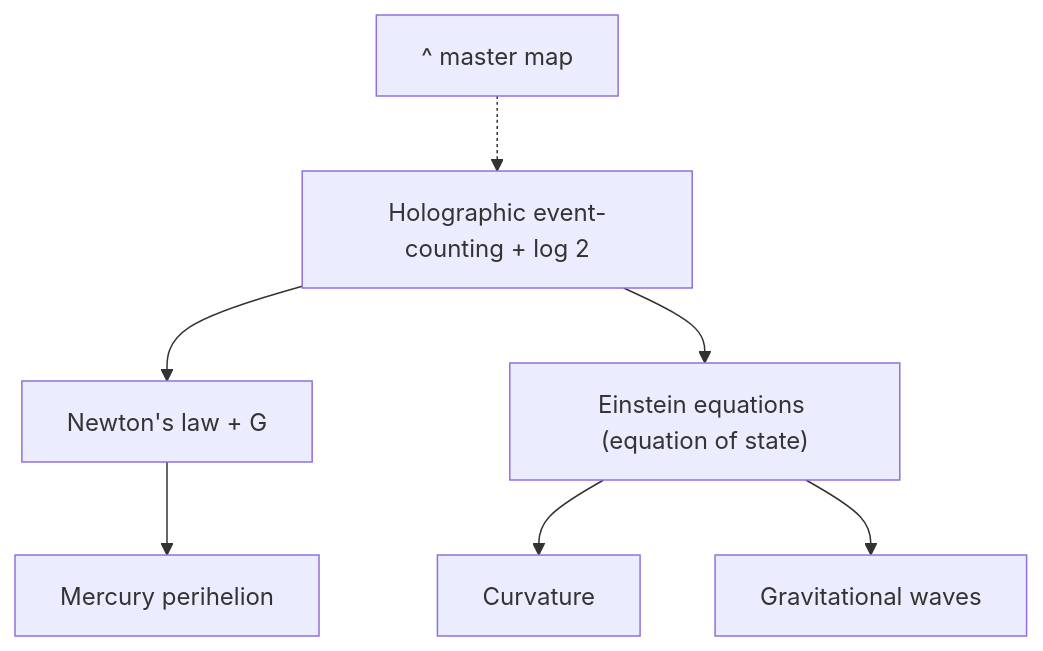
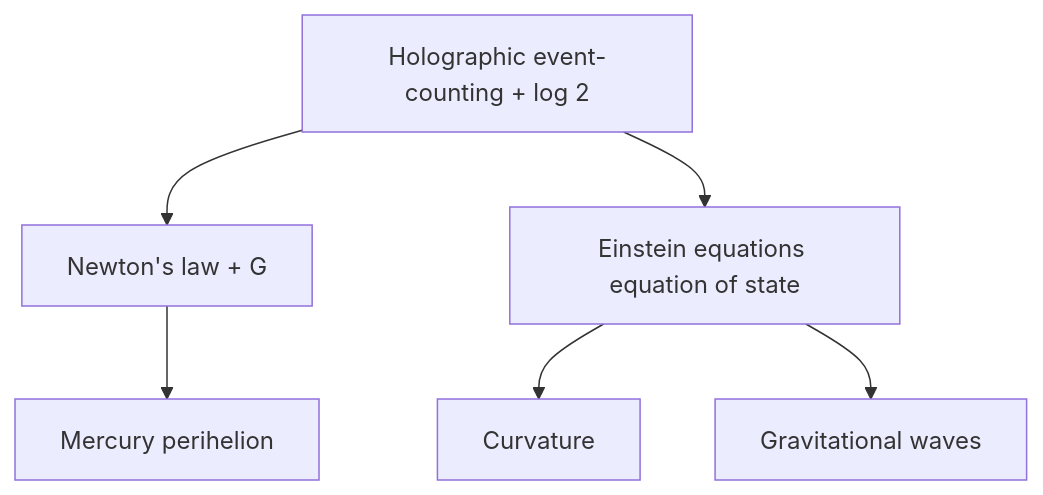
One commit to jimscarver/quantum-logical-framework changed the sixth of 11 diagrams in FlowChart.md. Above: the diagram before and after it, drawn with Mermaid. The commit also changed other lines of this file, not shown here.

First line of the commit message:
FlowChart.md: drop sub-chart hub nodes + parentheses (GitHub render fixes)

````diff
--- a/FlowChart.md
+++ b/FlowChart.md
@@ -137,9 +137,9 @@
 ```mermaid
 flowchart TD
-  H5["^ master map"] -.-> HO["Holographic event-counting + log 2"]
+  HO["Holographic event-counting + log 2"]
   HO --> NG["Newton's law + G"]
   NG --> ME["Mercury perihelion"]
-  HO --> EE["Einstein equations (equation of state)"]
+  HO --> EE["Einstein equations equation of state"]
   EE --> CV["Curvature"]
   EE --> GW["Gravitational waves"]
 ```
````
